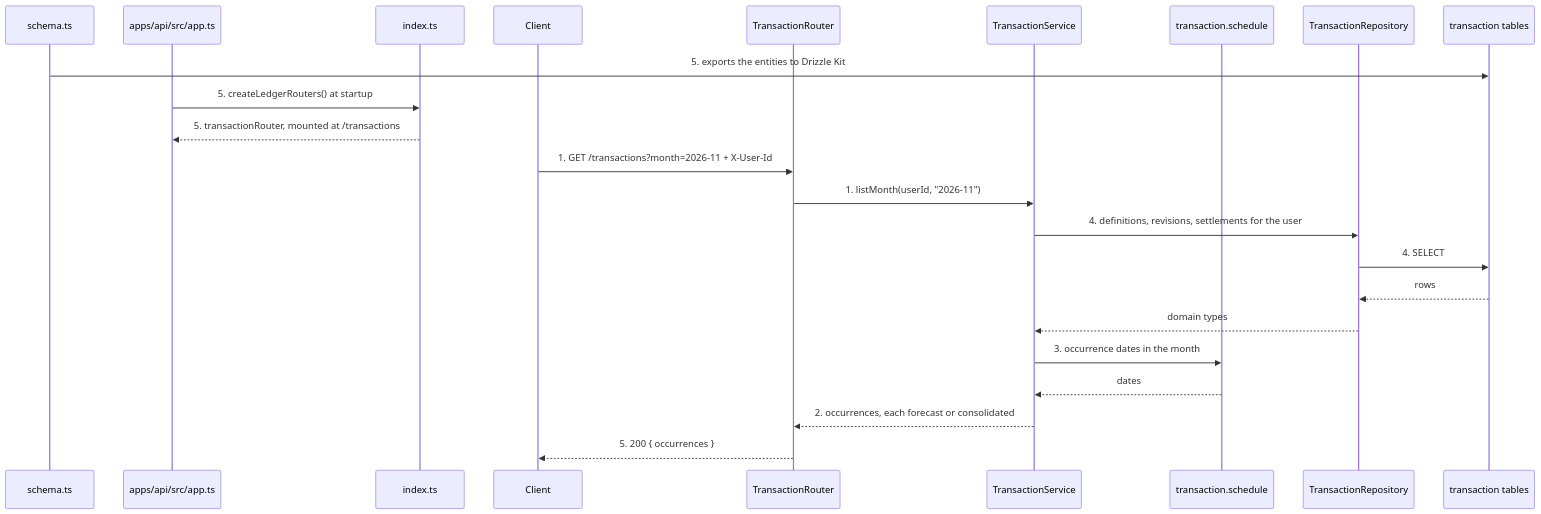
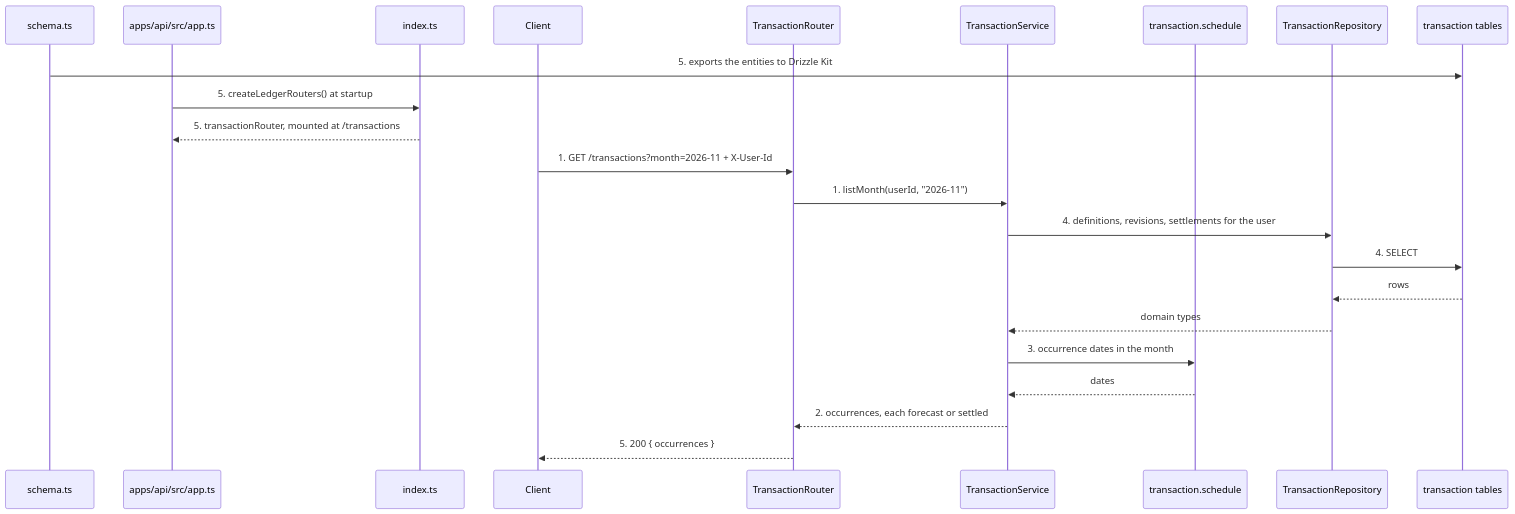
One commit to tghcastro/capital-care-v2 changed the first of 4 diagrams in .specs/features/transactions/plan.md. Above: the diagram before and after it, drawn with Mermaid. The commit also changed other lines of this file and 2 other files, not shown here.

First line of the commit message:
Rename consolidated to settled across the Transactions PRD, plan and acceptance tests

````diff
--- a/.specs/features/transactions/plan.md
+++ b/.specs/features/transactions/plan.md
@@ -25,25 +25,25 @@
 ```mermaid
 sequenceDiagram
     participant M as schema.ts
     participant A as apps/api/src/app.ts
     participant I as index.ts
     participant C as Client
     participant R as TransactionRouter
     participant S as TransactionService
     participant K as transaction.schedule
     participant P as TransactionRepository
     participant D as transaction tables
     M->>D: 5. exports the entities to Drizzle Kit
     A->>I: 5. createLedgerRouters() at startup
     I-->>A: 5. transactionRouter, mounted at /transactions
     C->>R: 1. GET /transactions?month=2026-11 + X-User-Id
     R->>S: 1. listMonth(userId, "2026-11")
     S->>P: 4. definitions, revisions, settlements for the user
     P->>D: 4. SELECT
     D-->>P: rows
     P-->>S: domain types
     S->>K: 3. occurrence dates in the month
     K-->>S: dates
-    S-->>R: 2. occurrences, each forecast or consolidated
+    S-->>R: 2. occurrences, each forecast or settled
     R-->>C: 5. 200 { occurrences }
 ```
````
